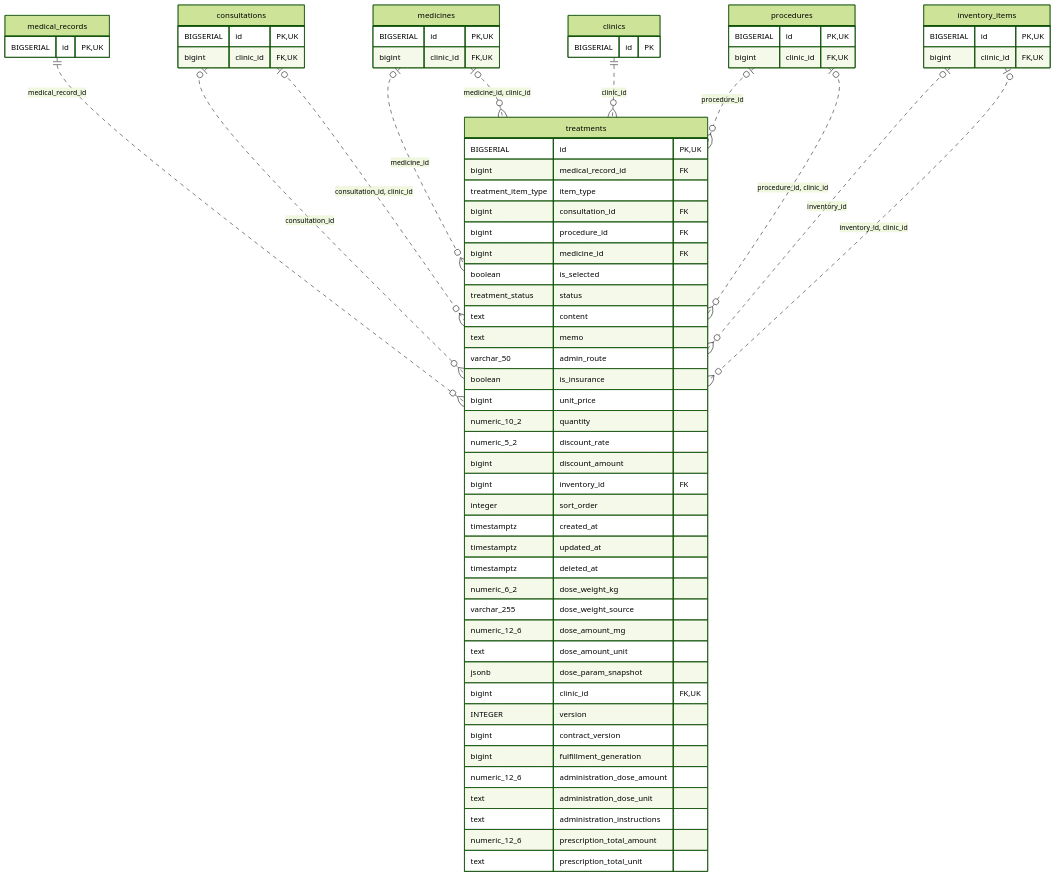
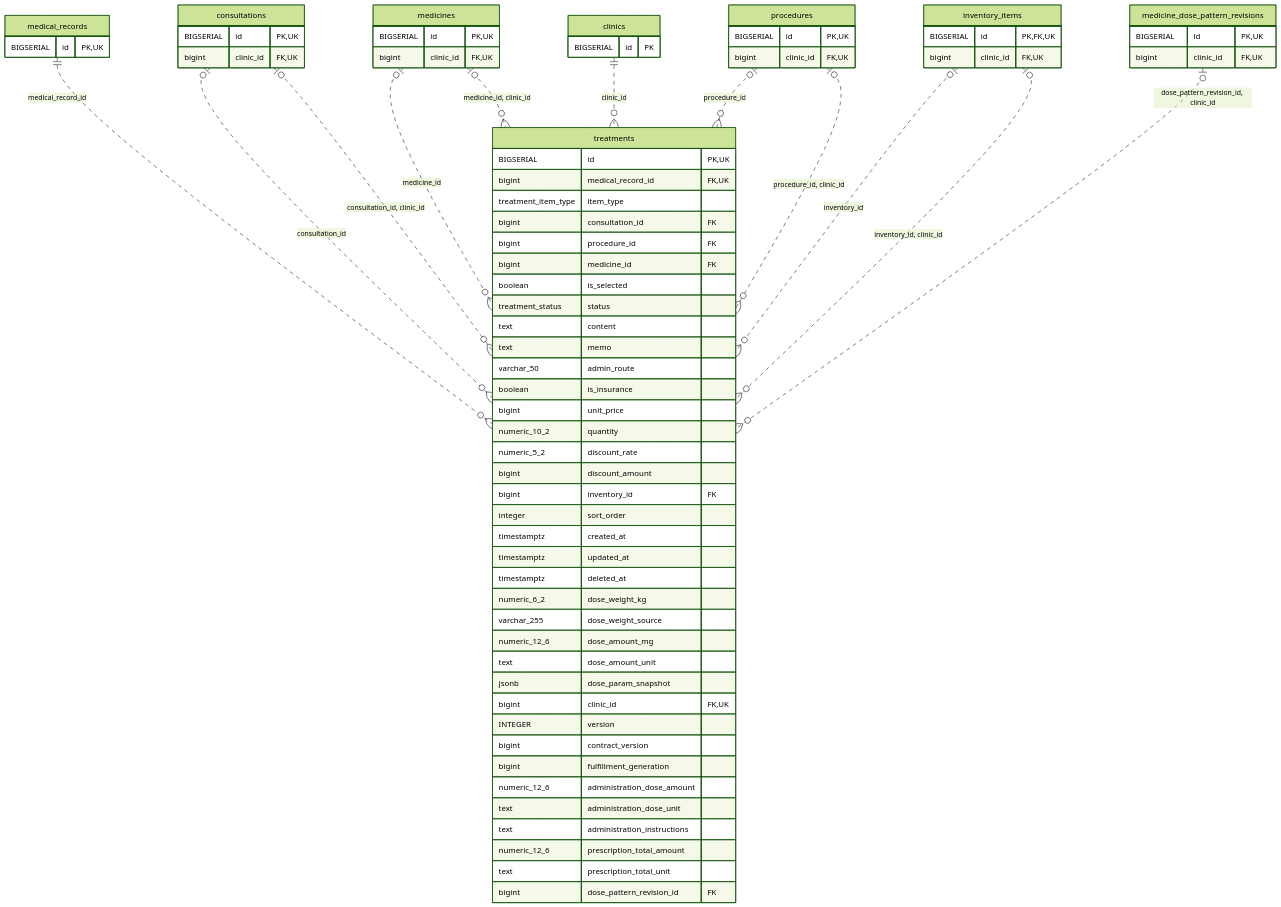
Before and after one commit to MinoruSoga/AnimalEkarte: the diagram in docs/architecture/erd-detail/treatments.md, drawn with Mermaid (forest theme). The commit also changed other lines of this file and 131 other files, not shown here.

````diff
--- a/docs/architecture/erd-detail/treatments.md
+++ b/docs/architecture/erd-detail/treatments.md
@@ -58,72 +59,78 @@
 ```mermaid
 erDiagram
     treatments {
         BIGSERIAL id PK,UK
-        bigint medical_record_id FK
+        bigint medical_record_id FK,UK
         treatment_item_type item_type
         bigint consultation_id FK
         bigint procedure_id FK
         bigint medicine_id FK
         boolean is_selected
         treatment_status status
         text content
         text memo
         varchar_50 admin_route
         boolean is_insurance
         bigint unit_price
         numeric_10_2 quantity
         numeric_5_2 discount_rate
         bigint discount_amount
         bigint inventory_id FK
         integer sort_order
         timestamptz created_at
         timestamptz updated_at
         timestamptz deleted_at
         numeric_6_2 dose_weight_kg
         varchar_255 dose_weight_source
         numeric_12_6 dose_amount_mg
         text dose_amount_unit
         jsonb dose_param_snapshot
         bigint clinic_id FK,UK
         INTEGER version
         bigint contract_version
         bigint fulfillment_generation
         numeric_12_6 administration_dose_amount
         text administration_dose_unit
         text administration_instructions
         numeric_12_6 prescription_total_amount
         text prescription_total_unit
+        bigint dose_pattern_revision_id FK
     }
     clinics {
         BIGSERIAL id PK
     }
     consultations {
         BIGSERIAL id PK,UK
         bigint clinic_id FK,UK
     }
     inventory_items {
-        BIGSERIAL id PK,UK
+        BIGSERIAL id PK,FK,UK
         bigint clinic_id FK,UK
     }
     medical_records {
         BIGSERIAL id PK,UK
+    }
+    medicine_dose_pattern_revisions {
+        BIGSERIAL id PK,UK
+        bigint clinic_id FK,UK
     }
     medicines {
         BIGSERIAL id PK,UK
         bigint clinic_id FK,UK
     }
     procedures {
         BIGSERIAL id PK,UK
         bigint clinic_id FK,UK
     }
     medical_records ||..o{ treatments : "medical_record_id"
     consultations o|..o{ treatments : "consultation_id"
     procedures o|..o{ treatments : "procedure_id"
     medicines o|..o{ treatments : "medicine_id"
     inventory_items o|..o{ treatments : "inventory_id"
     clinics ||..o{ treatments : "clinic_id"
     medicines o|..o{ treatments : "medicine_id, clinic_id"
     consultations o|..o{ treatments : "consultation_id, clinic_id"
     procedures o|..o{ treatments : "procedure_id, clinic_id"
     inventory_items o|..o{ treatments : "inventory_id, clinic_id"
+    medicine_dose_pattern_revisions o|..o{ treatments : "dose_pattern_revision_id, clinic_id"
 ```
````
